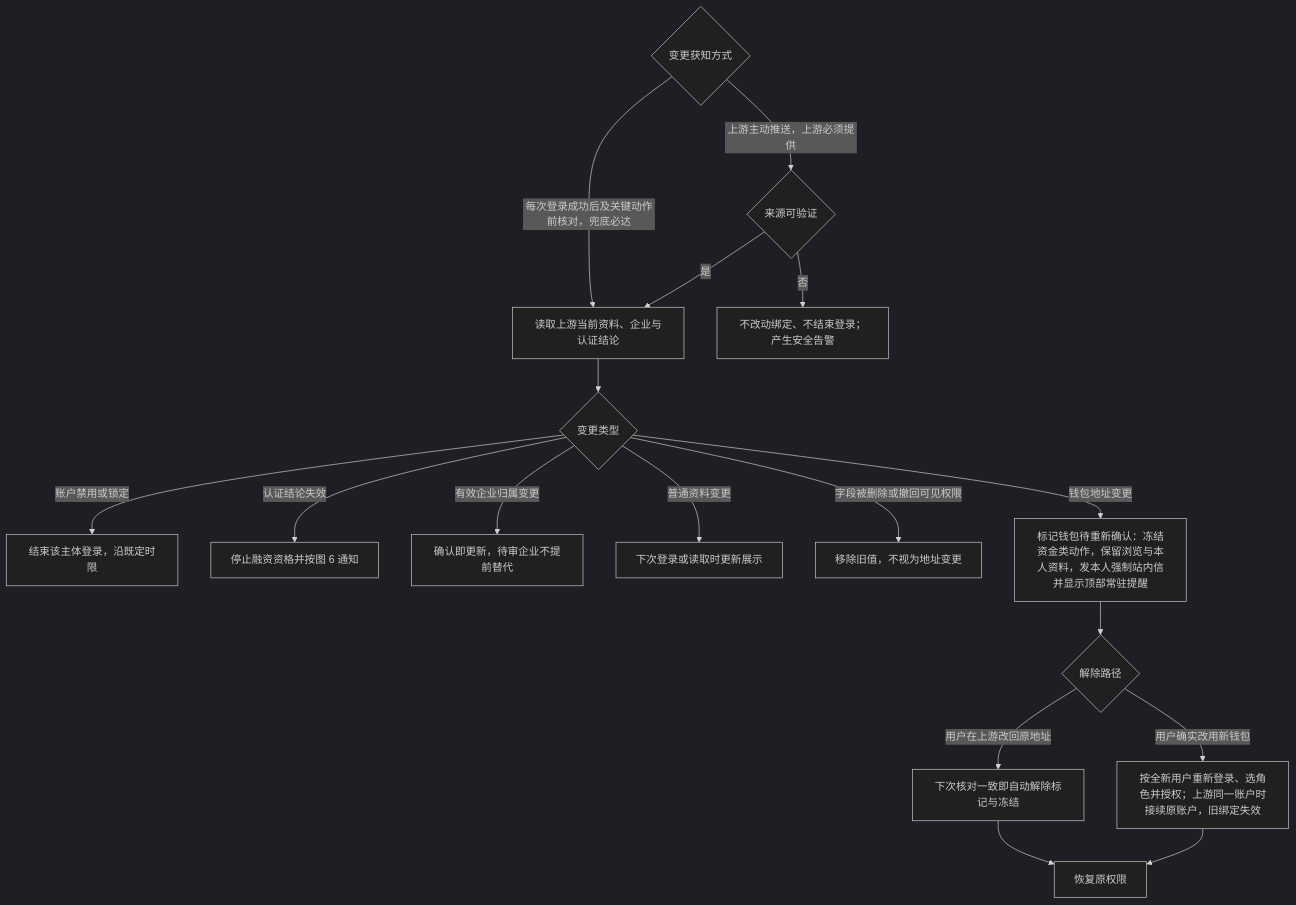
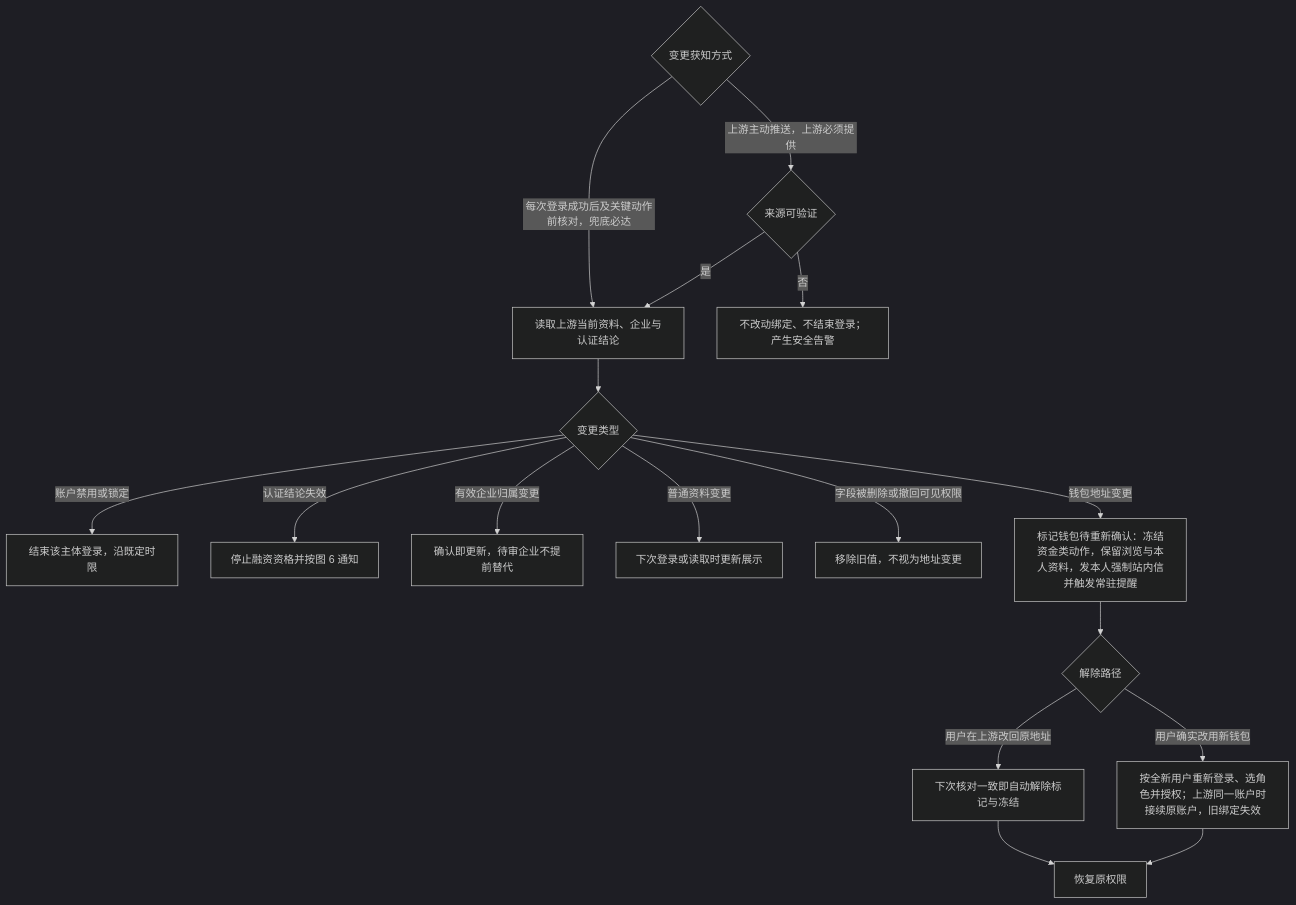
Before and after one commit to wxblockchain/Chain-Financing: the seventh of 7 diagrams in lending-platform/PRD/v2.0-登录与账户体系/02-登录主干与资产方SSO接入-流程图与状态机.md, drawn with Mermaid (dark theme). The commit also changed other lines of this file and 2 other files, not shown here.

````diff
--- a/lending-platform/PRD/v2.0-登录与账户体系/02-登录主干与资产方SSO接入-流程图与状态机.md
+++ b/lending-platform/PRD/v2.0-登录与账户体系/02-登录主干与资产方SSO接入-流程图与状态机.md
@@ -172,19 +172,19 @@
 ```mermaid
 flowchart TD
     SRC{"变更获知方式"} -->|上游主动推送，上游必须提供| VERIFY{"来源可验证"}
     SRC -->|每次登录成功后及关键动作前核对，兜底必达| READ["读取上游当前资料、企业与认证结论"]
     VERIFY -->|否| ALERT["不改动绑定、不结束登录；产生安全告警"]
     VERIFY -->|是| READ
     READ --> KIND{"变更类型"}
     KIND -->|账户禁用或锁定| END["结束该主体登录，沿既定时限"]
     KIND -->|认证结论失效| DOWN["停止融资资格并按图 6 通知"]
     KIND -->|有效企业归属变更| ORG["确认即更新，待审企业不提前替代"]
     KIND -->|普通资料变更| MINOR["下次登录或读取时更新展示"]
     KIND -->|字段被删除或撤回可见权限| REMOVE["移除旧值，不视为地址变更"]
-    KIND -->|钱包地址变更| PEND["标记钱包待重新确认：冻结资金类动作，保留浏览与本人资料，发本人强制站内信并显示顶部常驻提醒"]
+    KIND -->|钱包地址变更| PEND["标记钱包待重新确认：冻结资金类动作，保留浏览与本人资料，发本人强制站内信并触发常驻提醒"]
     PEND --> FIX{"解除路径"}
     FIX -->|用户在上游改回原地址| RECHECK["下次核对一致即自动解除标记与冻结"]
     FIX -->|用户确实改用新钱包| NEWUSER["按全新用户重新登录、选角色并授权；上游同一账户时接续原账户，旧绑定失效"]
     RECHECK --> OKS["恢复原权限"]
     NEWUSER --> OKS
 ```
````
